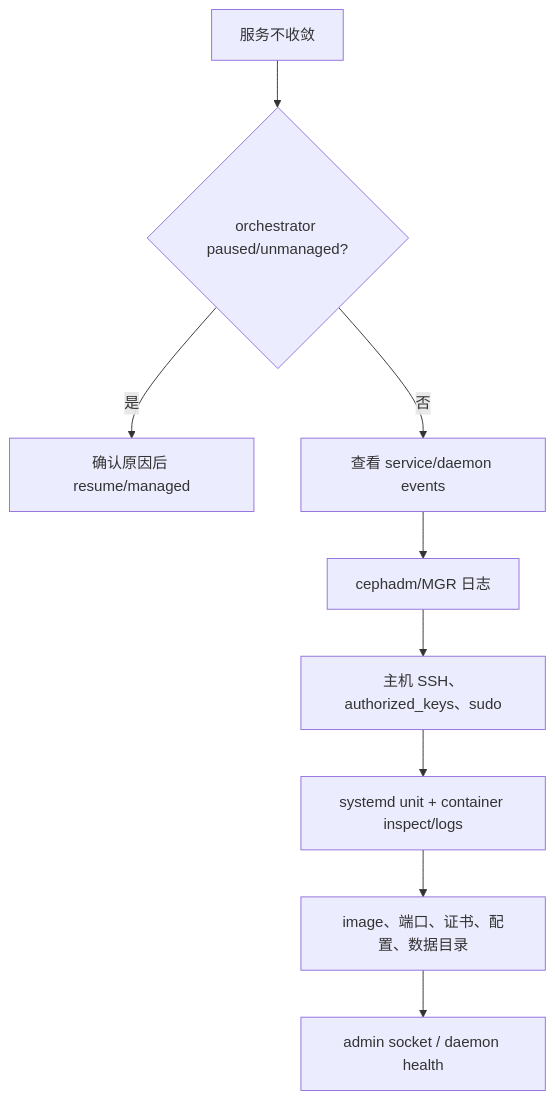
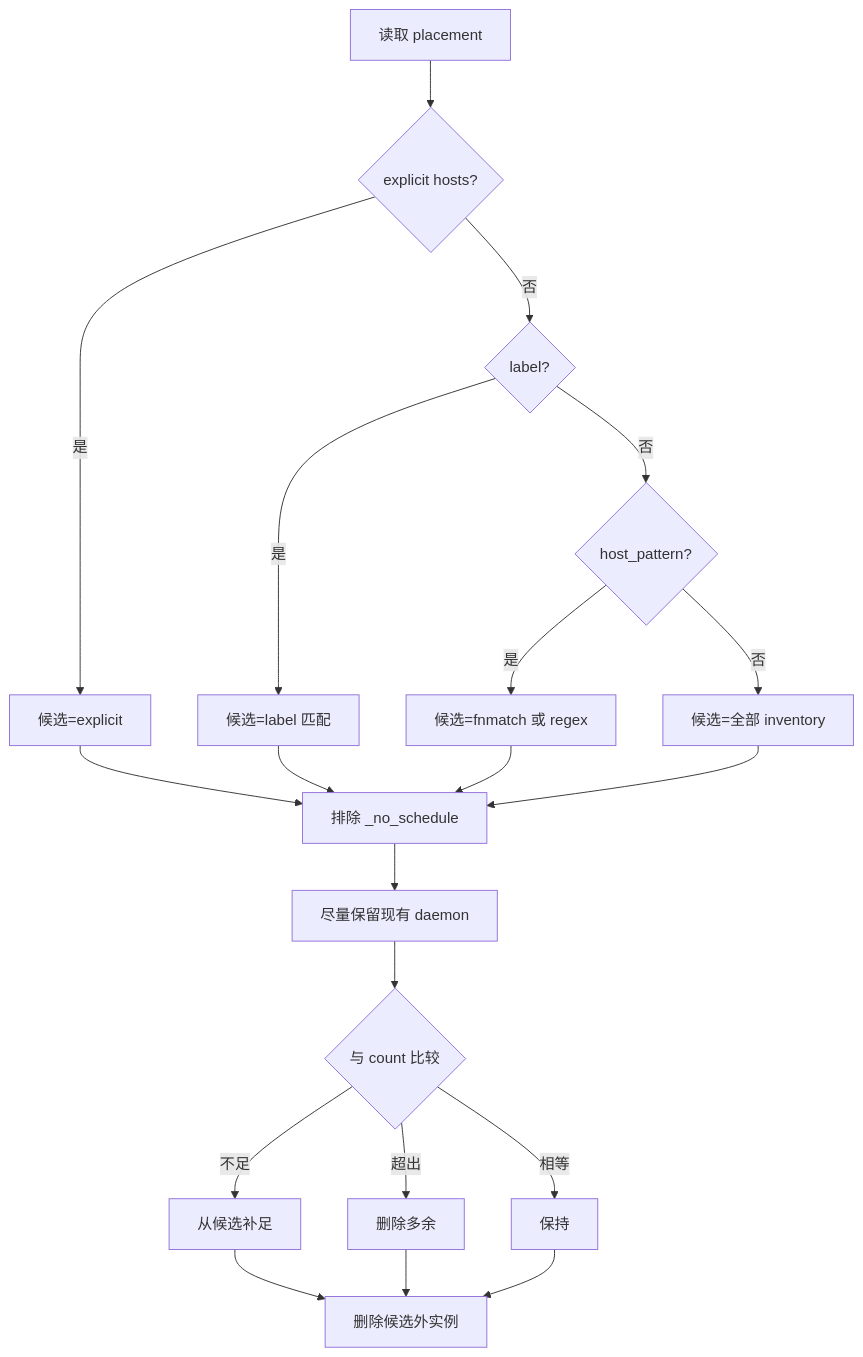
Before and after one commit to brinnatt/kubeauto: the ninth of 43 diagrams in docs/storage/ceph/02-cephadm.md, drawn with Mermaid. The commit also changed other lines of this file and 1 other file, not shown here.

Commit message:
[new] cephadm supplied

````diff
--- a/docs/storage/ceph/02-cephadm.md
+++ b/docs/storage/ceph/02-cephadm.md
@@ -311,11 +451,17 @@
 ```mermaid
 flowchart TD
-  A[服务不收敛] --> B{orchestrator paused/unmanaged?}
-  B -->|是| C[确认原因后 resume/managed]
-  B -->|否| D[查看 service/daemon events]
-  D --> E[cephadm/MGR 日志]
-  E --> F[主机 SSH、authorized_keys、sudo]
-  F --> G[systemd unit + container inspect/logs]
-  G --> H[image、端口、证书、配置、数据目录]
-  H --> I[admin socket / daemon health]
+  S[读取 placement] --> E{explicit hosts?}
+  E -->|是| CE[候选=explicit]
+  E -->|否| L{label?}
+  L -->|是| CL[候选=label 匹配]
+  L -->|否| P{host_pattern?}
+  P -->|是| CP[候选=fnmatch 或 regex]
+  P -->|否| CA[候选=全部 inventory]
+  CE & CL & CP & CA --> NS[排除 _no_schedule]
+  NS --> K[尽量保留现有 daemon]
+  K --> C{与 count 比较}
+  C -->|不足| ADD[从候选补足]
+  C -->|超出| DEL[删除多余]
+  C -->|相等| KEEP[保持]
+  ADD & DEL & KEEP --> OUT[删除候选外实例]
 ```
````
